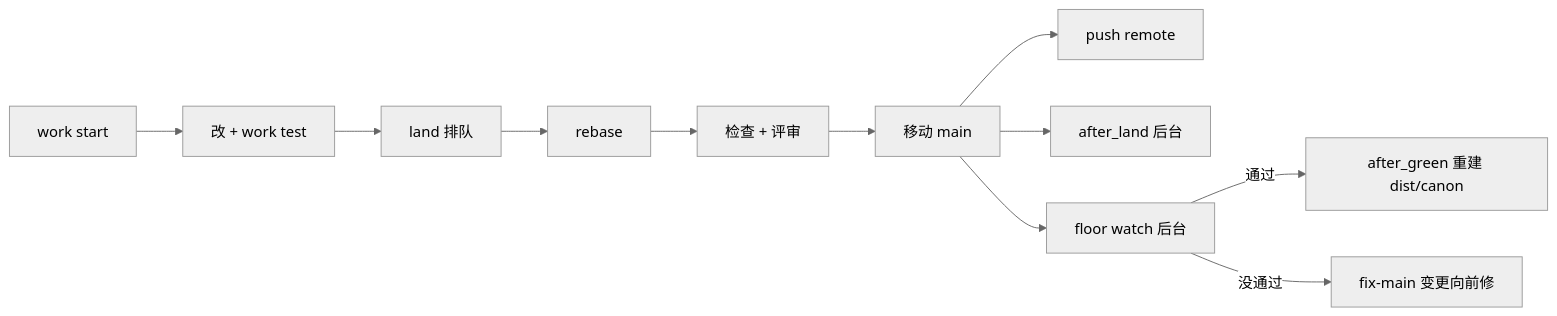
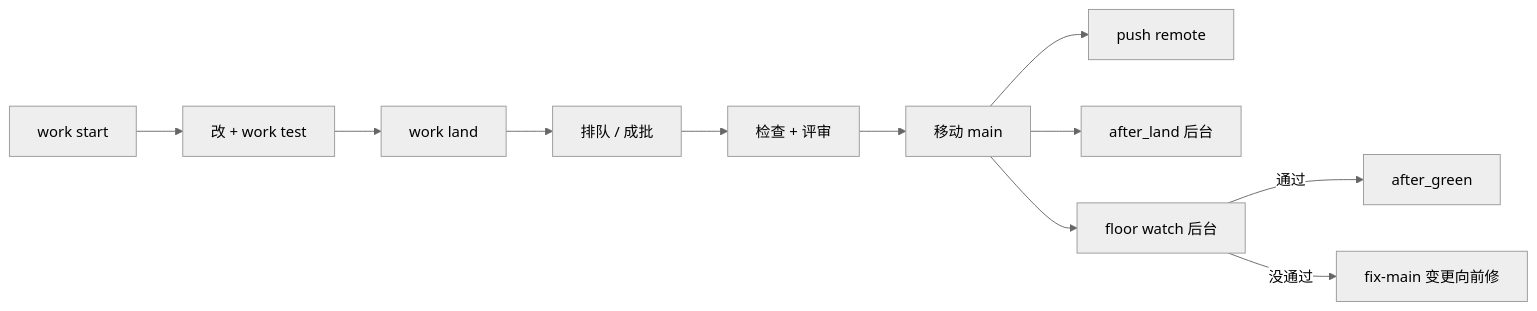
One commit to daniel1zz/canon changed the diagram in canon/architecture.md. Above: the diagram before and after it, drawn with Mermaid (neutral theme). The commit also changed other lines of this file and 4 other files, not shown here.

````diff
--- a/canon/architecture.md
+++ b/canon/architecture.md
@@ -78,8 +82,11 @@
 ```mermaid
 flowchart LR
-  A[work start] --> B[改 + work test] --> C[land 排队] --> D[rebase] --> E[检查 + 评审] --> F[移动 main]
+  A[work start] --> B[改 + work test] --> C[work land]
+  C --> D[排队 / 成批]
+  D --> E[检查 + 评审]
+  E --> F[移动 main]
   F --> G[push remote]
   F --> H[after_land 后台]
-  F --> I[floor watch 后台] -->|通过| J[after_green 重建 dist/canon]
+  F --> I[floor watch 后台] -->|通过| J[after_green]
   I -->|没通过| K[fix-main 变更向前修]
 ```
````
